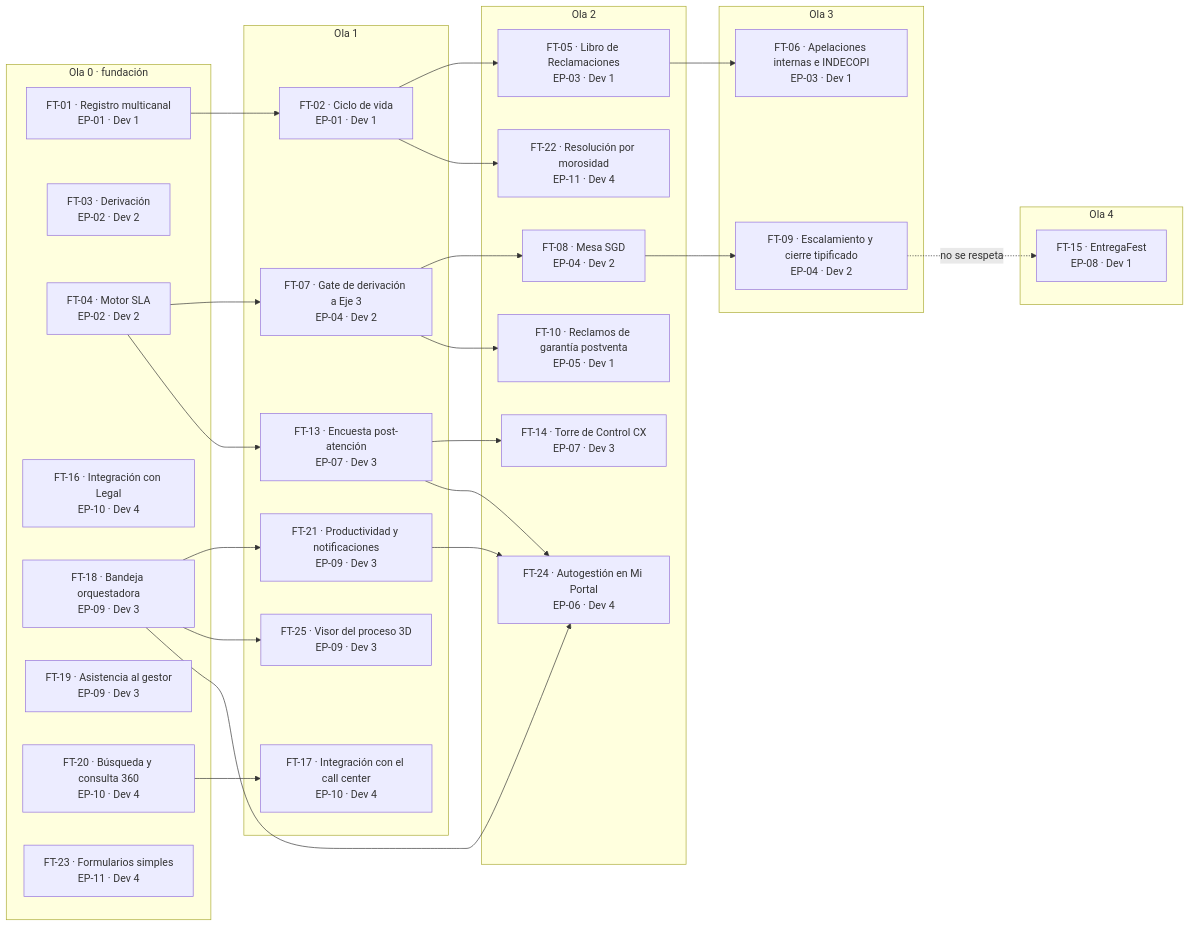
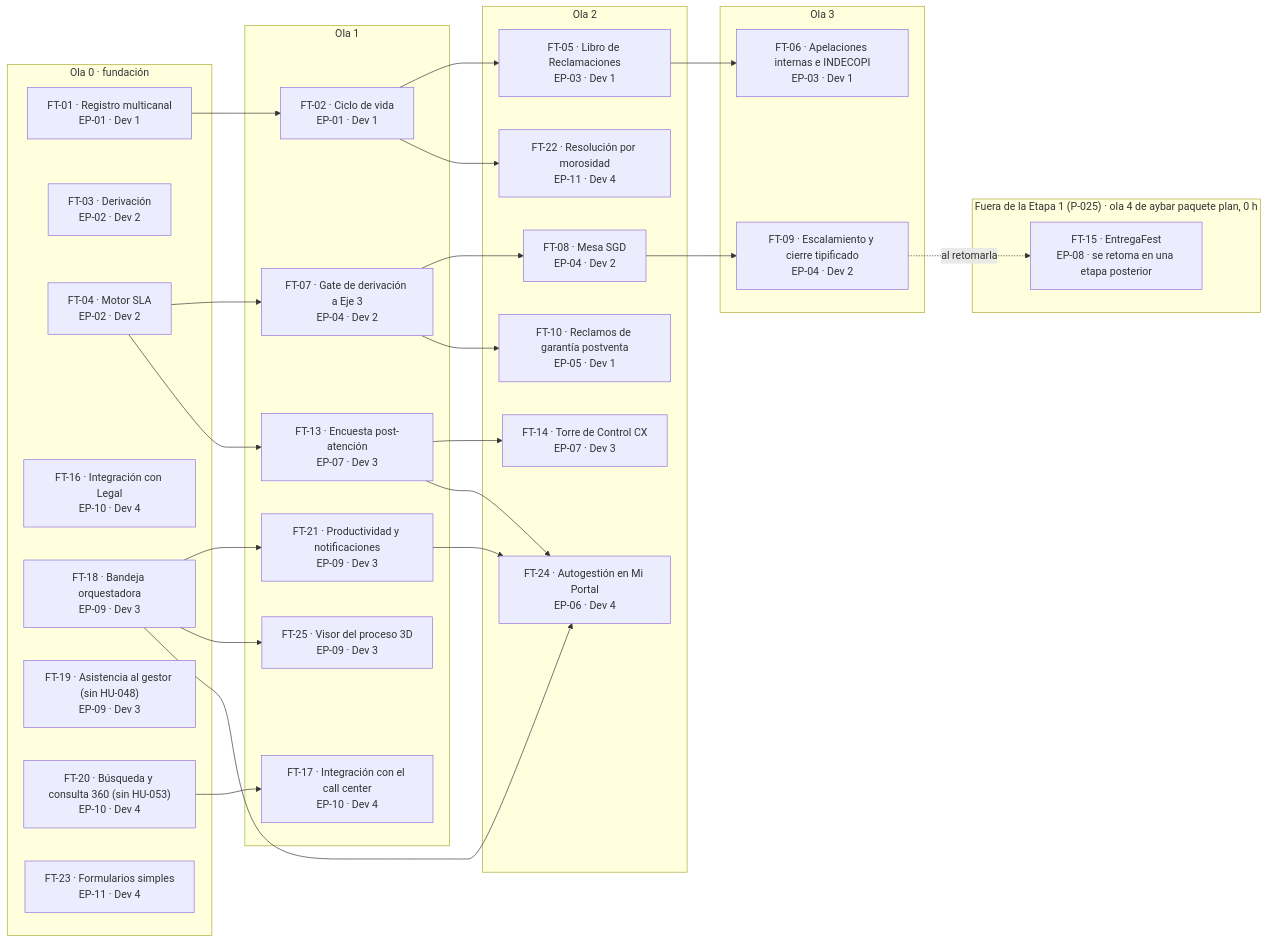
Before and after one commit to michel-poma-huachihuaco/tyc-mockup: the diagram in propuesta-po/documentacion/paquete-definir-etapa1-v1.3/roadmap/analisis-dependencias.md, drawn with Mermaid. The commit also changed other lines of this file and 97 other files, not shown here.

````diff
--- a/propuesta-po/documentacion/paquete-definir-etapa1-v1.3/roadmap/analisis-dependencias.md
+++ b/propuesta-po/documentacion/paquete-definir-etapa1-v1.3/roadmap/analisis-dependencias.md
@@ -154,53 +153,53 @@
 ```mermaid
 flowchart LR
   subgraph O0["Ola 0 · fundación"]
     FTATC01["FT-01 · Registro multicanal<br/>EP-01 · Dev 1"]
     FTATC03["FT-03 · Derivación<br/>EP-02 · Dev 2"]
     FTATC04["FT-04 · Motor SLA<br/>EP-02 · Dev 2"]
     FTATC16["FT-16 · Integración con Legal<br/>EP-10 · Dev 4"]
     FTATC18["FT-18 · Bandeja orquestadora<br/>EP-09 · Dev 3"]
-    FTATC19["FT-19 · Asistencia al gestor<br/>EP-09 · Dev 3"]
-    FTATC20["FT-20 · Búsqueda y consulta 360<br/>EP-10 · Dev 4"]
+    FTATC19["FT-19 · Asistencia al gestor (sin HU-048)<br/>EP-09 · Dev 3"]
+    FTATC20["FT-20 · Búsqueda y consulta 360 (sin HU-053)<br/>EP-10 · Dev 4"]
     FTATC23["FT-23 · Formularios simples<br/>EP-11 · Dev 4"]
   end
   subgraph O1["Ola 1"]
     FTATC02["FT-02 · Ciclo de vida<br/>EP-01 · Dev 1"]
     FTATC07["FT-07 · Gate de derivación a Eje 3<br/>EP-04 · Dev 2"]
     FTATC13["FT-13 · Encuesta post-atención<br/>EP-07 · Dev 3"]
     FTATC17["FT-17 · Integración con el call center<br/>EP-10 · Dev 4"]
     FTATC21["FT-21 · Productividad y notificaciones<br/>EP-09 · Dev 3"]
     FTATC25["FT-25 · Visor del proceso 3D<br/>EP-09 · Dev 3"]
   end
   subgraph O2["Ola 2"]
     FTATC05["FT-05 · Libro de Reclamaciones<br/>EP-03 · Dev 1"]
     FTATC08["FT-08 · Mesa SGD<br/>EP-04 · Dev 2"]
     FTATC10["FT-10 · Reclamos de garantía postventa<br/>EP-05 · Dev 1"]
     FTATC14["FT-14 · Torre de Control CX<br/>EP-07 · Dev 3"]
     FTATC22["FT-22 · Resolución por morosidad<br/>EP-11 · Dev 4"]
     FTATC24["FT-24 · Autogestión en Mi Portal<br/>EP-06 · Dev 4"]
   end
   subgraph O3["Ola 3"]
     FTATC06["FT-06 · Apelaciones internas e INDECOPI<br/>EP-03 · Dev 1"]
     FTATC09["FT-09 · Escalamiento y cierre tipificado<br/>EP-04 · Dev 2"]
   end
-  subgraph O4["Ola 4"]
-    FTATC15["FT-15 · EntregaFest<br/>EP-08 · Dev 1"]
+  subgraph O4["Fuera de la Etapa 1 (P-025) · ola 4 de aybar paquete plan, 0 h"]
+    FTATC15["FT-15 · EntregaFest<br/>EP-08 · se retoma en una etapa posterior"]
   end
   FTATC01 --> FTATC02
   FTATC02 --> FTATC05
   FTATC05 --> FTATC06
   FTATC04 --> FTATC07
   FTATC07 --> FTATC08
   FTATC07 --> FTATC10
   FTATC08 --> FTATC09
   FTATC04 --> FTATC13
   FTATC13 --> FTATC14
   FTATC13 --> FTATC24
-  FTATC09 -. no se respeta .-> FTATC15
+  FTATC09 -. al retomarla .-> FTATC15
   FTATC20 --> FTATC17
   FTATC18 --> FTATC21
   FTATC02 --> FTATC22
   FTATC18 --> FTATC25
   FTATC21 --> FTATC24
   FTATC18 --> FTATC24
 ```
````
